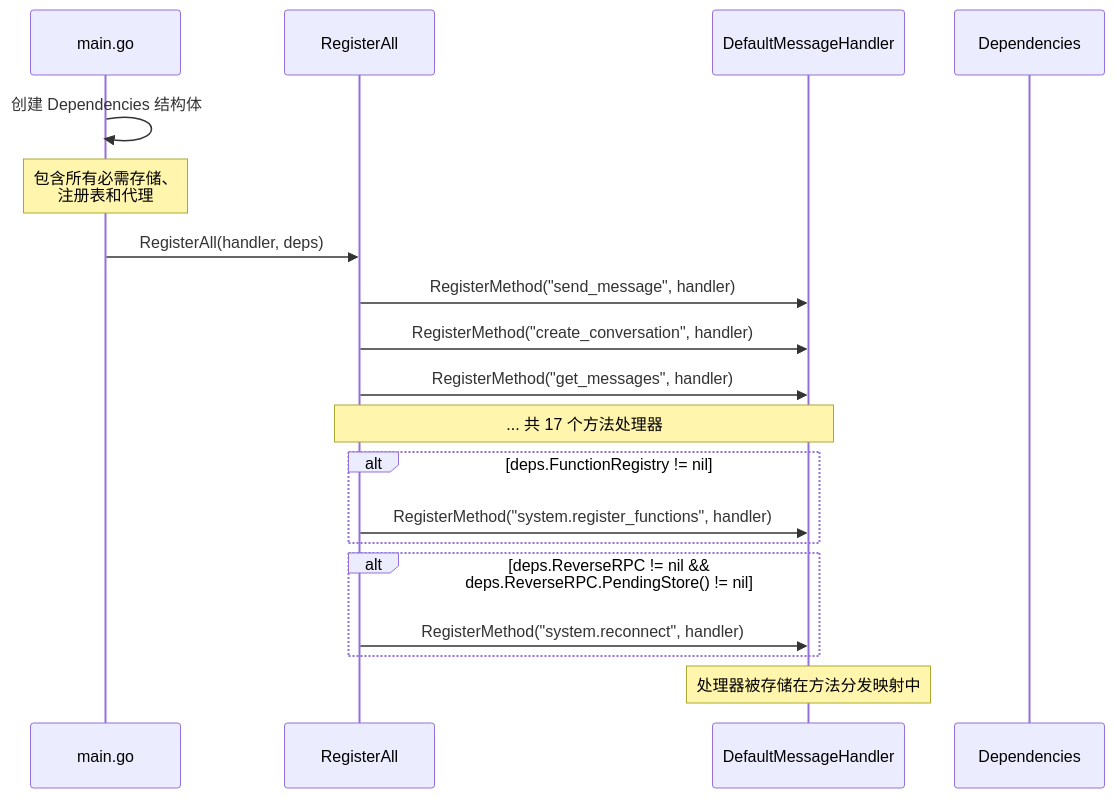
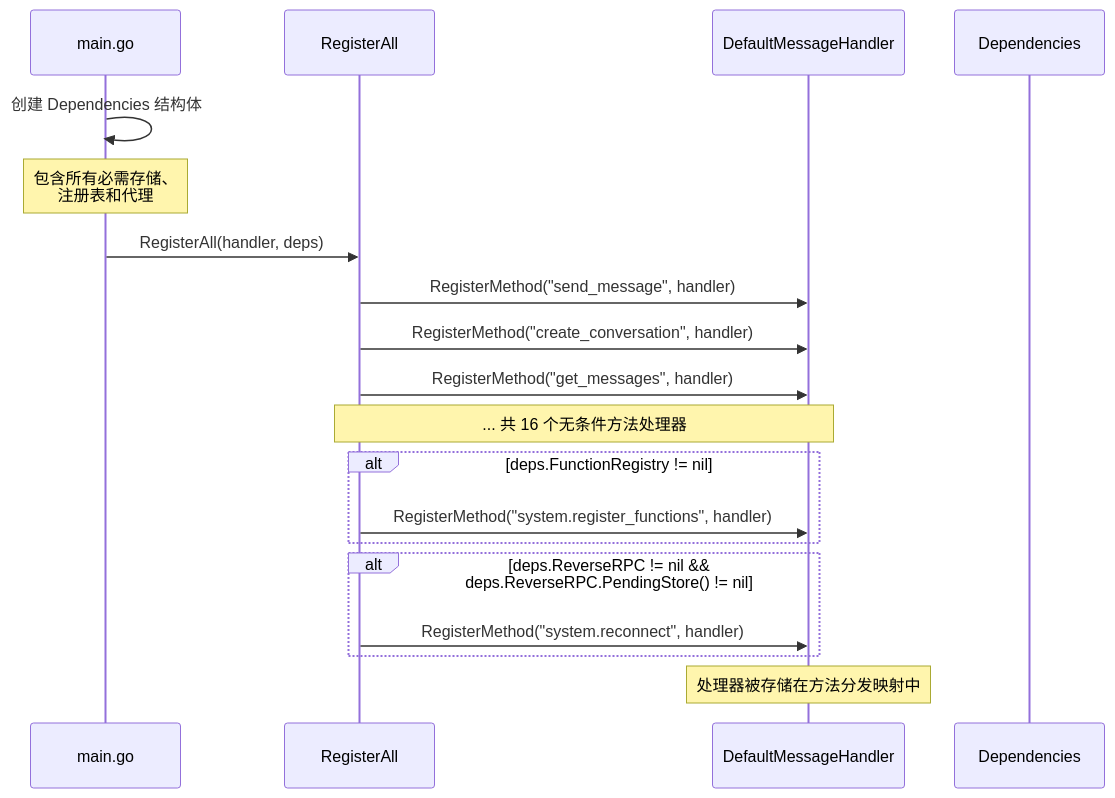
Before and after one commit to PineappleBond/xyncra-server: the seventh of 8 diagrams in wiki/flows/client-registration.md, drawn with Mermaid. The commit also changed other lines of this file and 21 other files, not shown here.

First line of the commit message:
docs(wiki): fix accuracy and completeness issues across all flow documents

````diff
--- a/wiki/flows/client-registration.md
+++ b/wiki/flows/client-registration.md
@@ -547,27 +547,27 @@
 ```mermaid
 sequenceDiagram
     participant M as main.go
     participant RH as RegisterAll
     participant MH as DefaultMessageHandler
     participant Deps as Dependencies
 
     M->>M: 创建 Dependencies 结构体
     Note over M: 包含所有必需存储、<br/>注册表和代理
 
     M->>RH: RegisterAll(handler, deps)
 
     RH->>MH: RegisterMethod("send_message", handler)
     RH->>MH: RegisterMethod("create_conversation", handler)
     RH->>MH: RegisterMethod("get_messages", handler)
-    Note over RH,MH: ... 共 17 个方法处理器
+    Note over RH,MH: ... 共 16 个无条件方法处理器
 
     alt deps.FunctionRegistry != nil
         RH->>MH: RegisterMethod("system.register_functions", handler)
     end
 
     alt deps.ReverseRPC != nil && deps.ReverseRPC.PendingStore() != nil
         RH->>MH: RegisterMethod("system.reconnect", handler)
     end
 
     Note over MH: 处理器被存储在方法分发映射中
 ```
````
